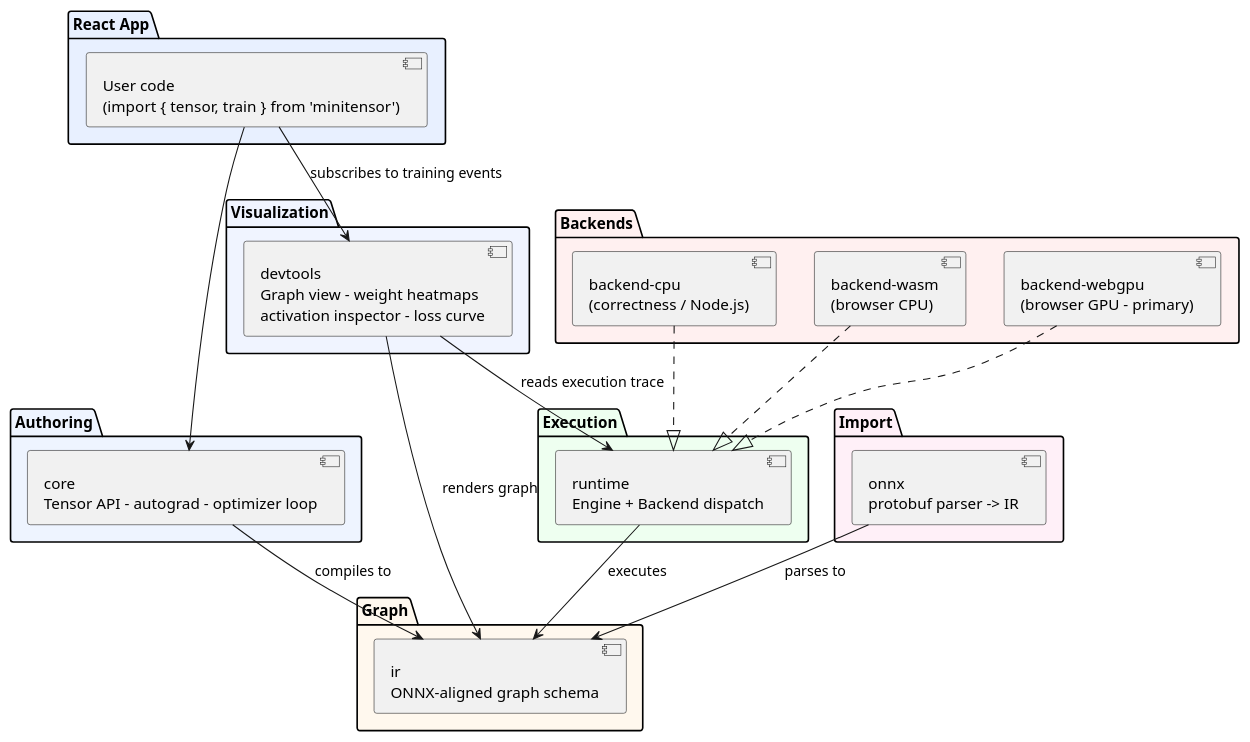
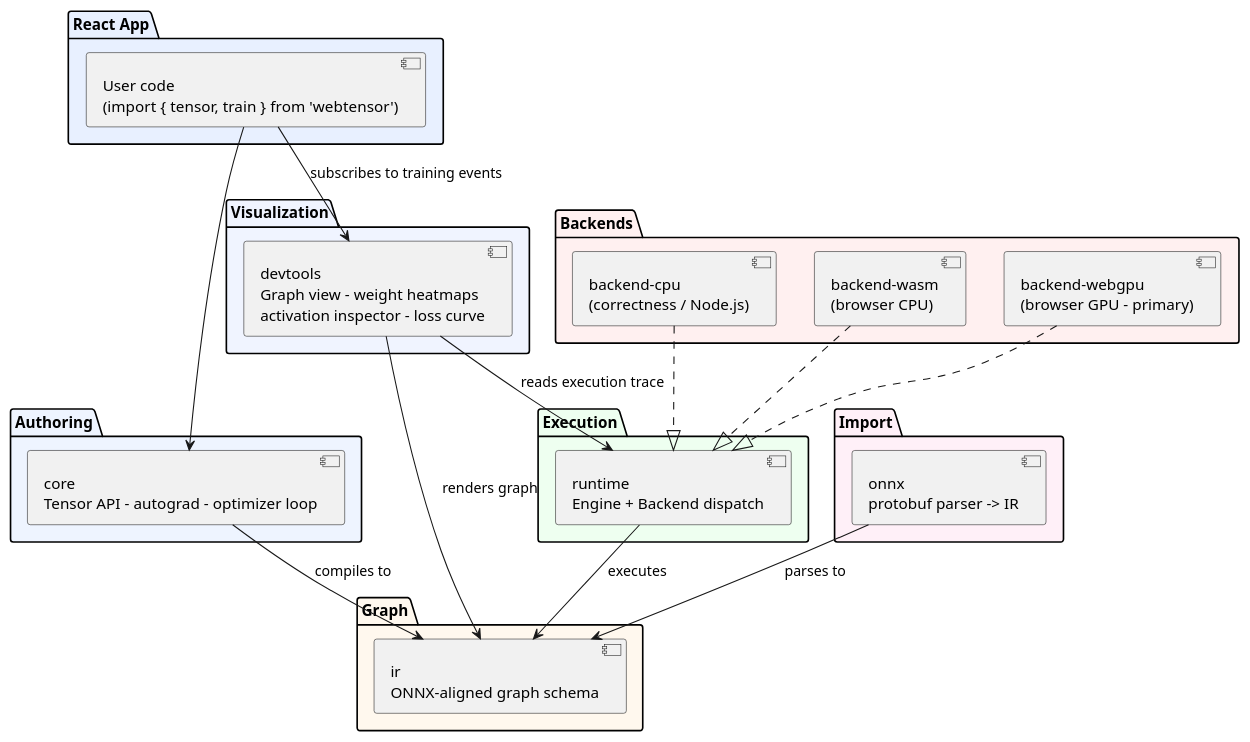
Before and after one commit to hongjiaherng/webtensor: the diagram in docs/diagrams/target-architecture.puml, drawn with PlantUML. The commit also changed 151 other files, not shown here.

```diff
--- a/docs/diagrams/target-architecture.puml
+++ b/docs/diagrams/target-architecture.puml
@@ -1,44 +1,44 @@
 @startuml target-architecture
 
 package "React App" #E8F0FF {
-  [User code\n(import { tensor, train } from 'minitensor')] as usercode
+  [User code\n(import { tensor, train } from 'webtensor')] as usercode
 }
 
 package "Authoring" #EEF4FF {
   [core\nTensor API - autograd - optimizer loop] as core
 }
 
 package "Import" #FFF0F8 {
   [onnx\nprotobuf parser -> IR] as onnx
 }
 
 package "Graph" #FFF8EE {
   [ir\nONNX-aligned graph schema] as ir
 }
 
 package "Execution" #EEFFF0 {
   [runtime\nEngine + Backend dispatch] as runtime
 }
 
 package "Backends" #FFF0F0 {
   [backend-cpu\n(correctness / Node.js)] as cpu
   [backend-wasm\n(browser CPU)] as wasm
   [backend-webgpu\n(browser GPU - primary)] as webgpu
 }
 
 package "Visualization" #F0F4FF {
   [devtools\nGraph view - weight heatmaps\nactivation inspector - loss curve] as devtools
 }
 
 usercode --> core
 usercode --> devtools : subscribes to training events
 core --> ir : compiles to
 onnx --> ir : parses to
 runtime --> ir : executes
 cpu ..|> runtime
 wasm ..|> runtime
 webgpu ..|> runtime
 devtools --> runtime : reads execution trace
 devtools --> ir : renders graph
 
 @enduml
```
